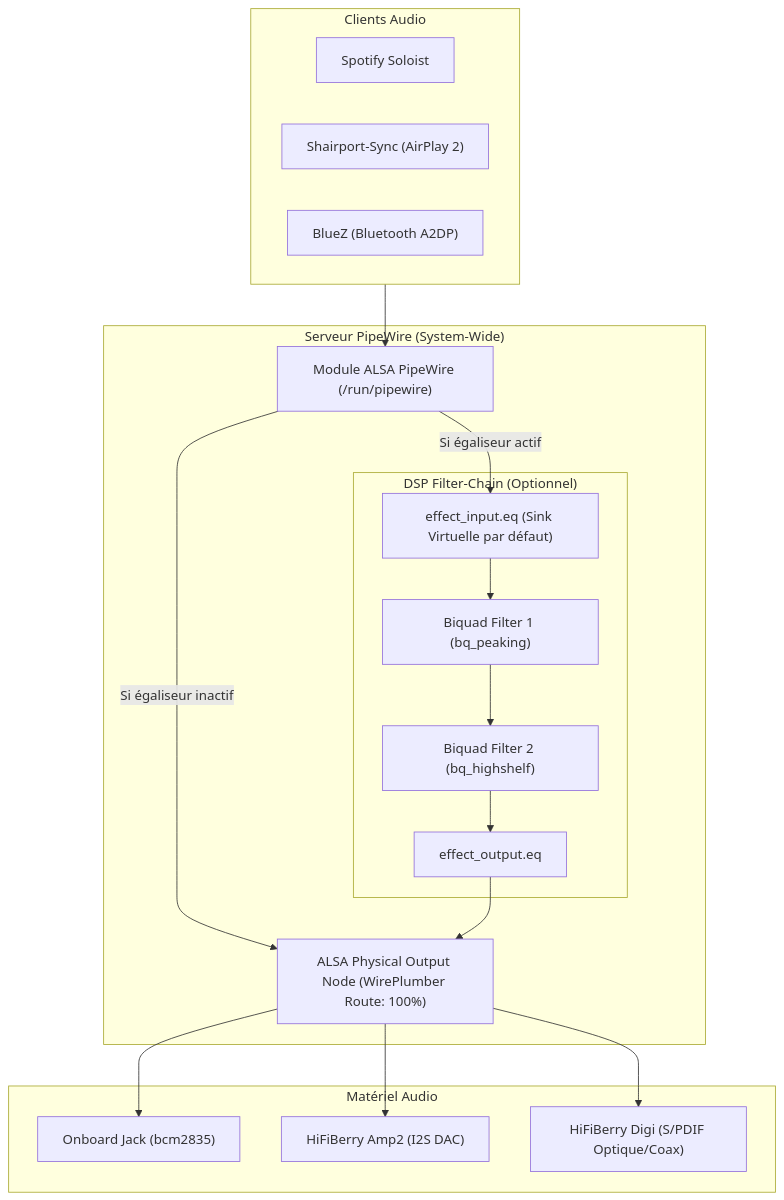
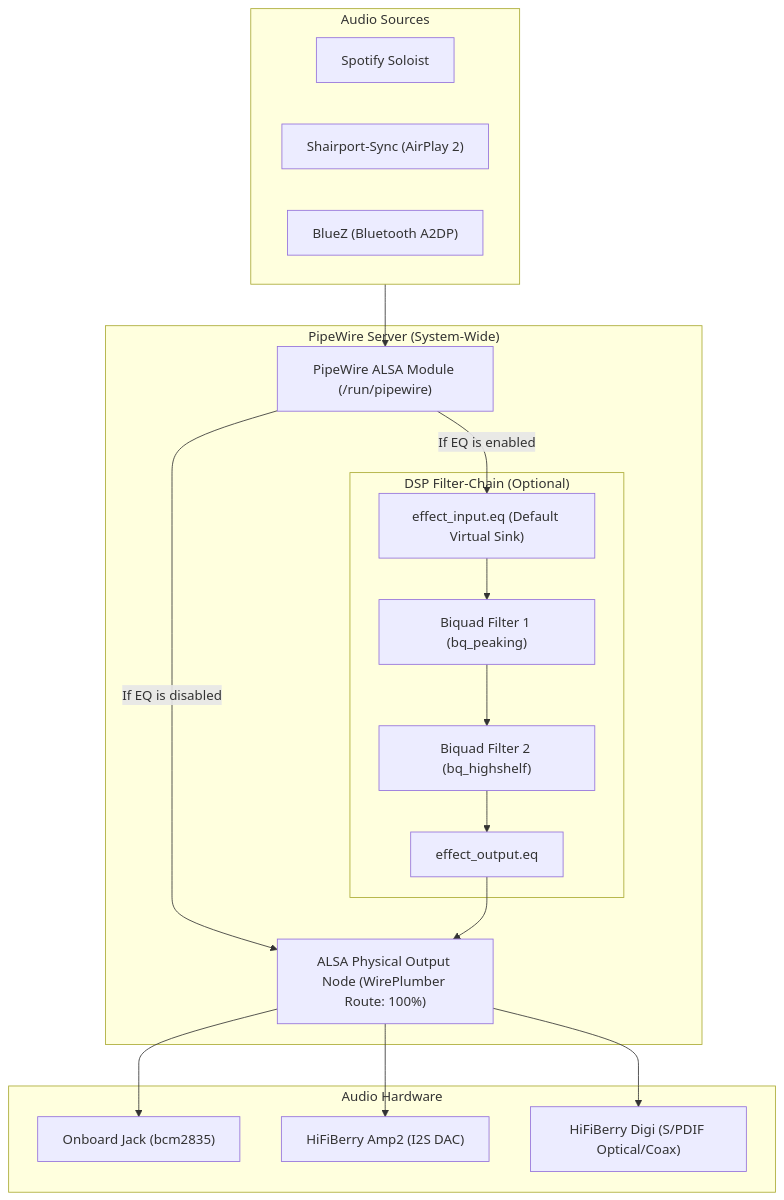
Before and after one commit to kernelb00t/nix-pi-audio: the diagram in spec/01-architecture-and-pipeline.md, drawn with Mermaid. The commit also changed other lines of this file and 7 other files, not shown here.

````diff
--- a/spec/01-architecture-and-pipeline.md
+++ b/spec/01-architecture-and-pipeline.md
@@ -7,37 +7,37 @@
 ```mermaid
 flowchart TD
-    subgraph Clients["Clients Audio"]
+    subgraph Clients["Audio Sources"]
         S["Spotify Soloist"]
         A["Shairport-Sync (AirPlay 2)"]
         B["BlueZ (Bluetooth A2DP)"]
     end
 
-    subgraph PipeWire["Serveur PipeWire (System-Wide)"]
-        P_ALSA["Module ALSA PipeWire (/run/pipewire)"]
+    subgraph PipeWire["PipeWire Server (System-Wide)"]
+        P_ALSA["PipeWire ALSA Module (/run/pipewire)"]
         
-        subgraph DSP["DSP Filter-Chain (Optionnel)"]
-            EQ_IN["effect_input.eq (Sink Virtuelle par défaut)"]
+        subgraph DSP["DSP Filter-Chain (Optional)"]
+            EQ_IN["effect_input.eq (Default Virtual Sink)"]
             BQ1["Biquad Filter 1 (bq_peaking)"]
             BQ2["Biquad Filter 2 (bq_highshelf)"]
             EQ_OUT["effect_output.eq"]
             EQ_IN --> BQ1 --> BQ2 --> EQ_OUT
         end
 
         PW_SINK["ALSA Physical Output Node (WirePlumber Route: 100%)"]
     end
 
-    subgraph Hardware["Matériel Audio"]
+    subgraph Hardware["Audio Hardware"]
         SINK_JACK["Onboard Jack (bcm2835)"]
         SINK_AMP2["HiFiBerry Amp2 (I2S DAC)"]
-        SINK_DIGI["HiFiBerry Digi (S/PDIF Optique/Coax)"]
+        SINK_DIGI["HiFiBerry Digi (S/PDIF Optical/Coax)"]
     end
 
     Clients --> P_ALSA
-    P_ALSA -->|"Si égaliseur actif"| EQ_IN
-    P_ALSA -->|"Si égaliseur inactif"| PW_SINK
+    P_ALSA -->|"If EQ is enabled"| EQ_IN
+    P_ALSA -->|"If EQ is disabled"| PW_SINK
     EQ_OUT --> PW_SINK
 
     PW_SINK --> SINK_JACK
     PW_SINK --> SINK_AMP2
     PW_SINK --> SINK_DIGI
 ```
````
